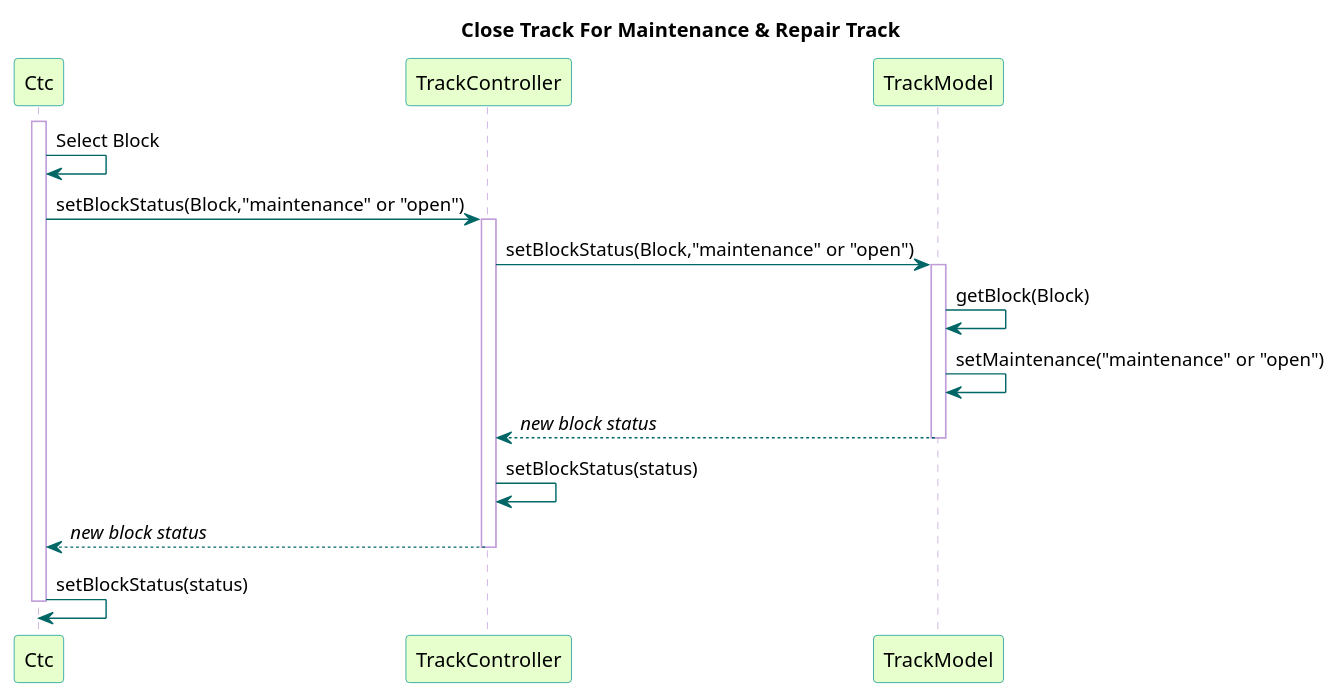
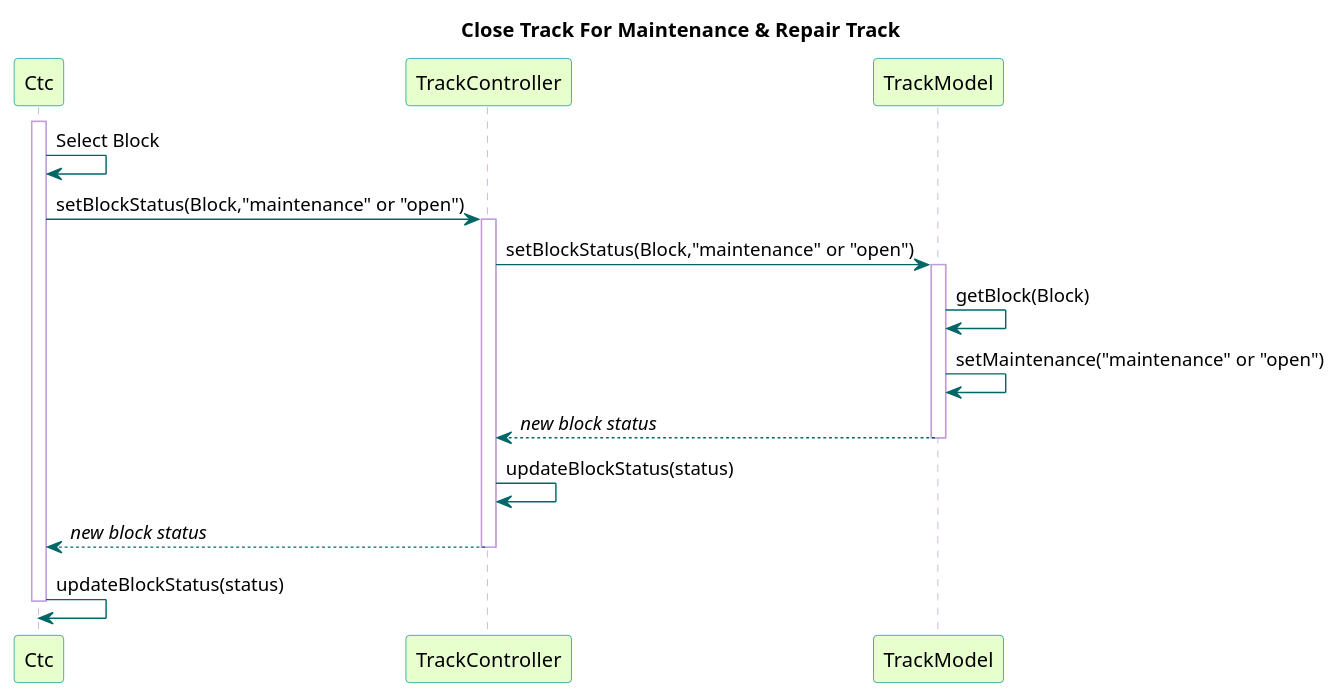
The diagram in TrainSystem/yUML/Sequence Diagrams/Overall/PerformMaintenanceAndRepairTrack.pu (kevingilboy/COE1186), drawn with PlantUML before and after one commit.

Commit message:
Terminology

```diff
--- a/TrainSystem/yUML/Sequence Diagrams/Overall/PerformMaintenanceAndRepairTrack.pu
+++ b/TrainSystem/yUML/Sequence Diagrams/Overall/PerformMaintenanceAndRepairTrack.pu
@@ -1,37 +1,37 @@
 @startuml
 
 title Close Track For Maintenance & Repair Track
 
 skinparam sequence {
   BackgroundColor transparent
   ParticipantBackgroundColor #e6ffcc
   ParticipantBorderColor 	#049595
   PackageBorderCOlor  #049595
   ArrowColor #006666
   LifeLineBorderColor #c09cd9
 }
 
 participant Ctc
 participant TrackController
 participant TrackModel
 
 activate Ctc
 Ctc -> Ctc : Select Block
 Ctc -> TrackController : setBlockStatus(Block,"maintenance" or "open")
 
 activate TrackController
 TrackController -> TrackModel : setBlockStatus(Block,"maintenance" or "open")
 
 activate TrackModel
 TrackModel -> TrackModel : getBlock(Block)
 TrackModel -> TrackModel : setMaintenance("maintenance" or "open")
 TrackModel --> TrackController : //new block status//
 deactivate TrackModel
 
-TrackController -> TrackController : setBlockStatus(status)
+TrackController -> TrackController : updateBlockStatus(status)
 TrackController --> Ctc : //new block status//
 deactivate TrackController
 
-Ctc -> Ctc : setBlockStatus(status)
+Ctc -> Ctc : updateBlockStatus(status)
 deactivate Ctc
 @enduml
```
